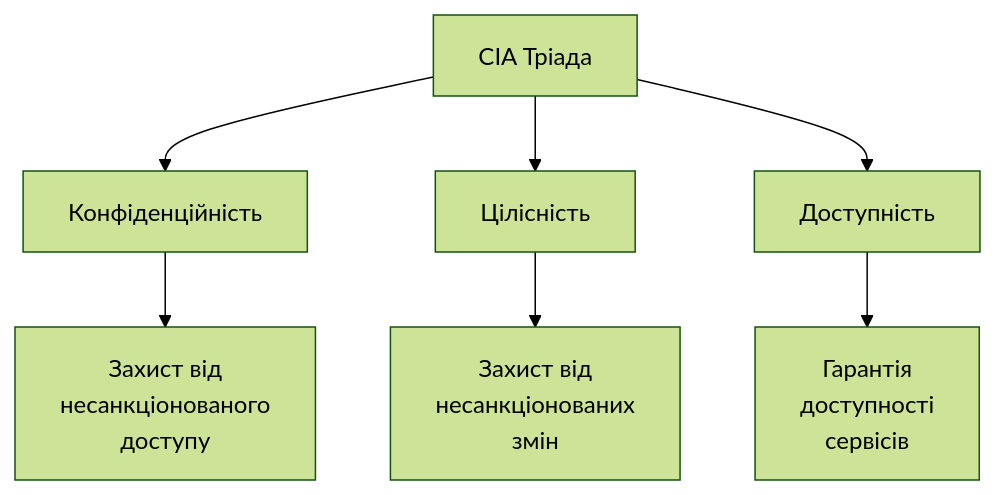
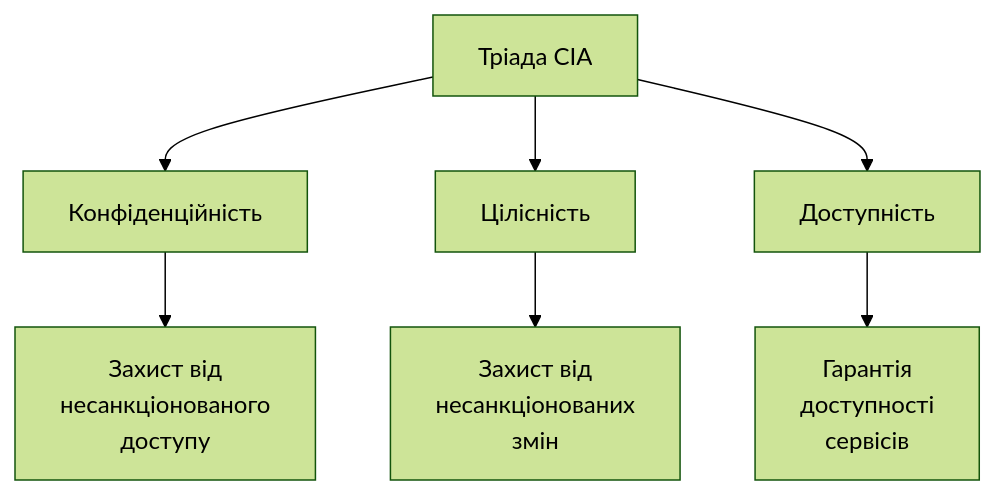
One commit to olroi421/course-opi-v2 changed the first of 3 diagrams in lectures/lecture-14.md. Above: the diagram before and after it, drawn with Mermaid (forest theme). The commit also changed other lines of this file and 9 other files, not shown here.

````diff
--- a/lectures/lecture-14.md
+++ b/lectures/lecture-14.md
@@ -15,10 +27,10 @@
 ```mermaid
 graph TB
-    A[CIA Тріада] --> B[Конфіденційність]
+    A[Тріада CIA] --> B[Конфіденційність]
     A --> C[Цілісність]
     A --> D[Доступність]
-    
+
     B --> E[Захист від<br/>несанкціонованого<br/>доступу]
     C --> F[Захист від<br/>несанкціонованих<br/>змін]
     D --> G[Гарантія<br/>доступності<br/>сервісів]
 ```
````
